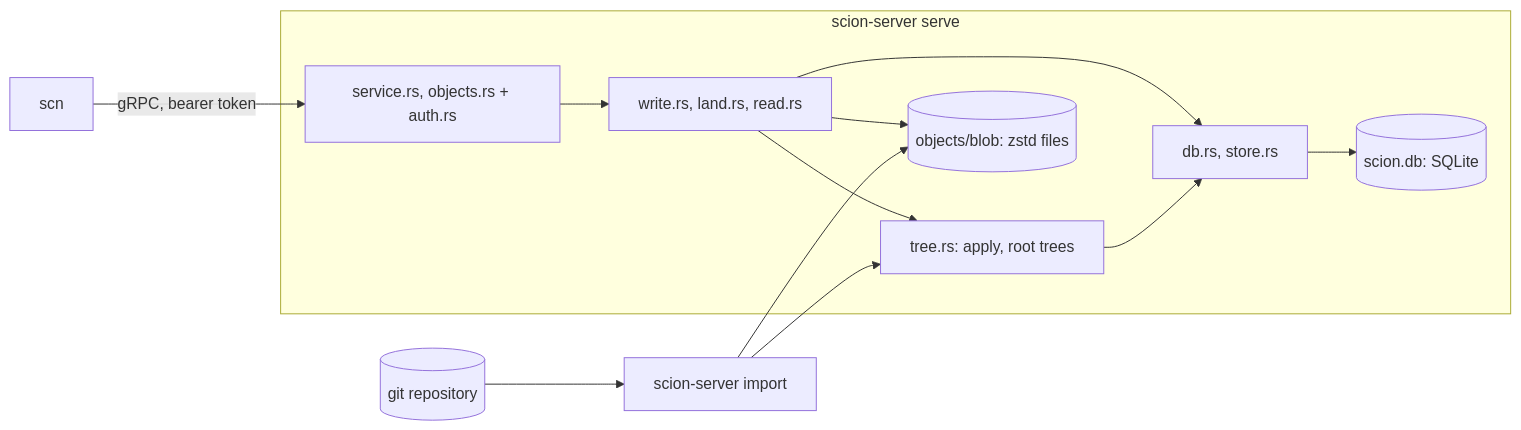
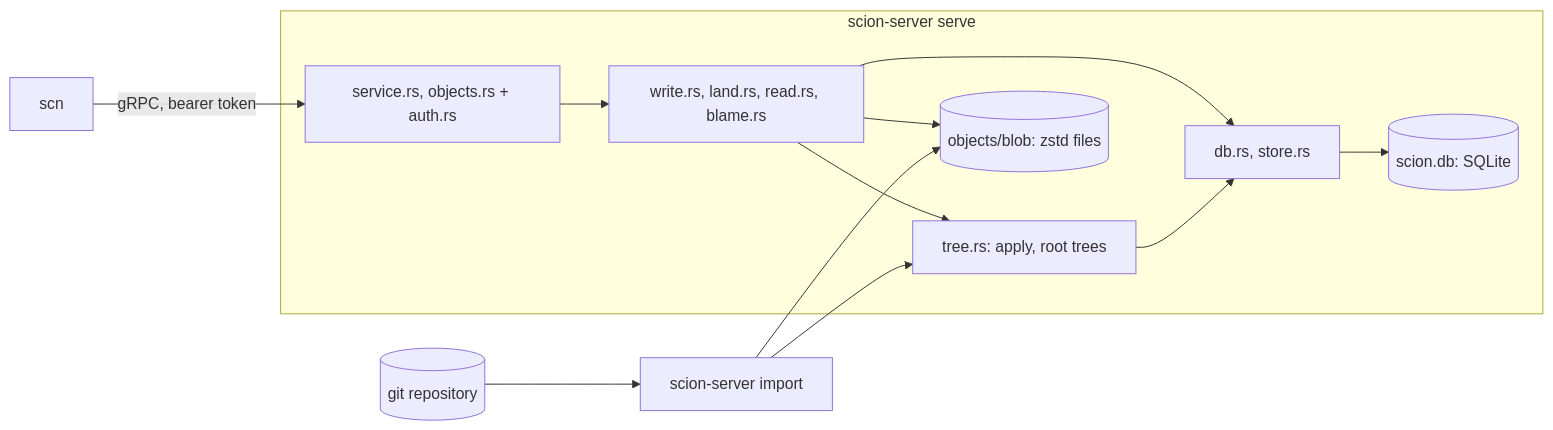
Before and after one commit to Performant-Labs/openscion: the first of 4 diagrams in docs/architecture.md, drawn with Mermaid. The commit also changed other lines of this file and 16 other files, not shown here.

````diff
--- a/docs/architecture.md
+++ b/docs/architecture.md
@@ -19,15 +19,15 @@
 ```mermaid
 flowchart LR
     scn["scn"] -->|"gRPC, bearer token"| svc
     subgraph serve["scion-server serve"]
-        svc["service.rs, objects.rs + auth.rs"] --> ops["write.rs, land.rs, read.rs"]
+        svc["service.rs, objects.rs + auth.rs"] --> ops["write.rs, land.rs, read.rs, blame.rs"]
         ops --> tree["tree.rs: apply, root trees"]
         ops --> db["db.rs, store.rs"]
         tree --> db
         db --> sqlite[("scion.db: SQLite")]
         ops --> blobs[("objects/blob: zstd files")]
     end
     git[("git repository")] --> imp["scion-server import"]
     imp --> tree
     imp --> blobs
 ```
````
